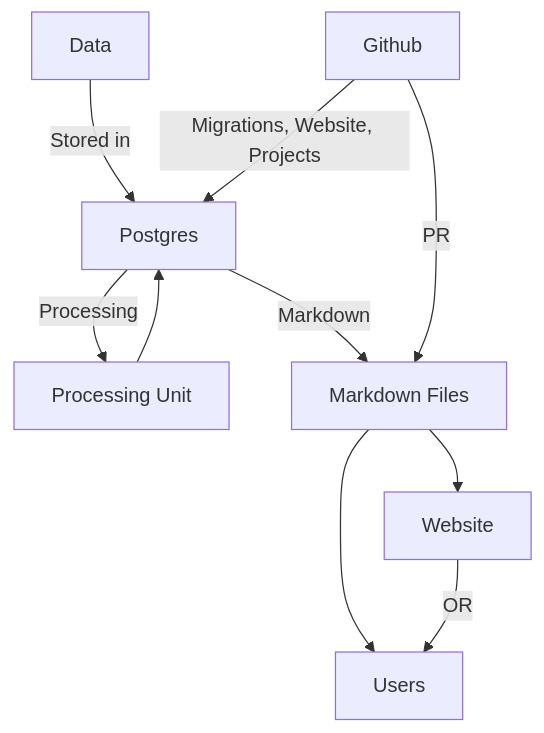
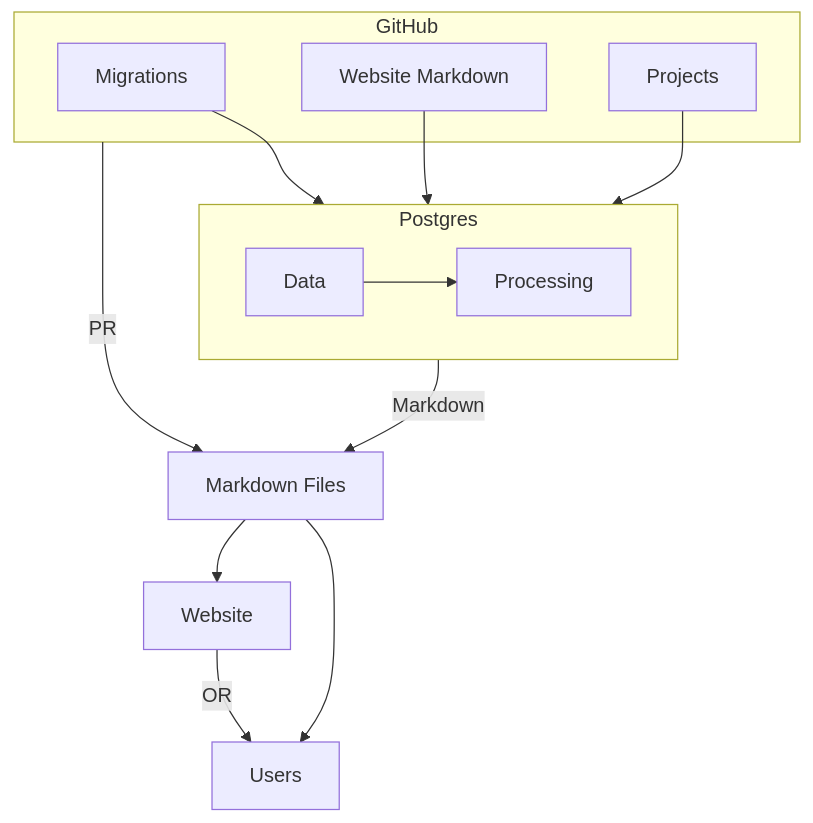
The diagram in README.md (FossNG/oss-leaderboard), drawn with Mermaid before and after one commit.

Commit message:
update flow

````diff
--- a/README.md
+++ b/README.md
@@ -27,12 +27,21 @@
 ```mermaid
 graph TD;
-    A[Data] -->|Stored in| B[Postgres];
-    B -->|Processing| C[Processing Unit];
-    C --> B;
-    B -->|Markdown| D[Markdown Files];
+    subgraph Postgres
+        A[Data] --> B[Processing]
+    end;
+
+    subgraph GitHub
+        G1[Migrations]
+        G2[Website Markdown]
+        G3[Projects]
+    end;
+
+    Postgres -->|Markdown| D[Markdown Files];
     D --> E[Website];
     D --> F[Users];
     E -->|OR| F;
-    G[Github] -->|PR| D;
-    G -->|Migrations, Website, Projects| B;
+    GitHub -->|PR| D;
+    G1 --> Postgres;
+    G2 --> Postgres;
+    G3 --> Postgres;
 ```
````
